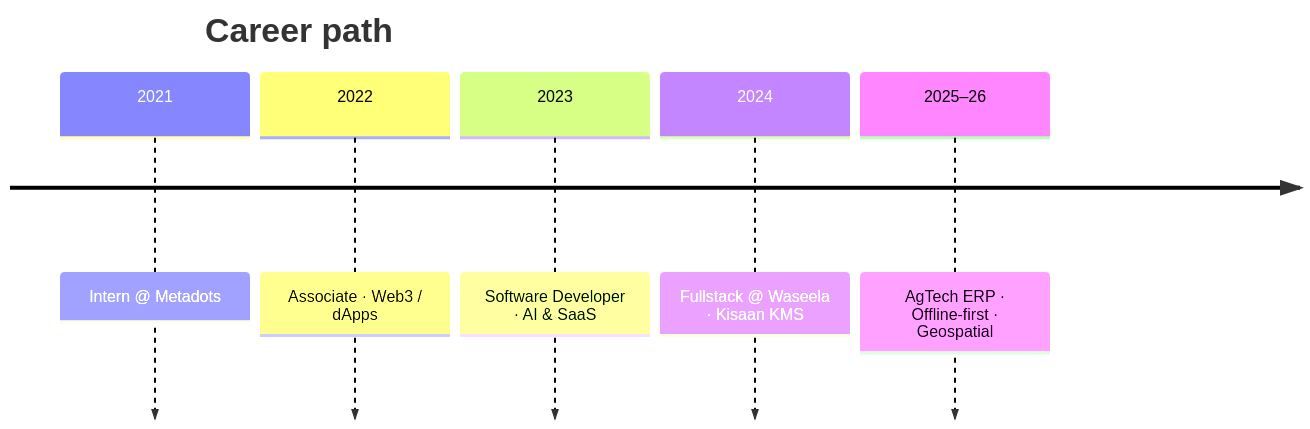
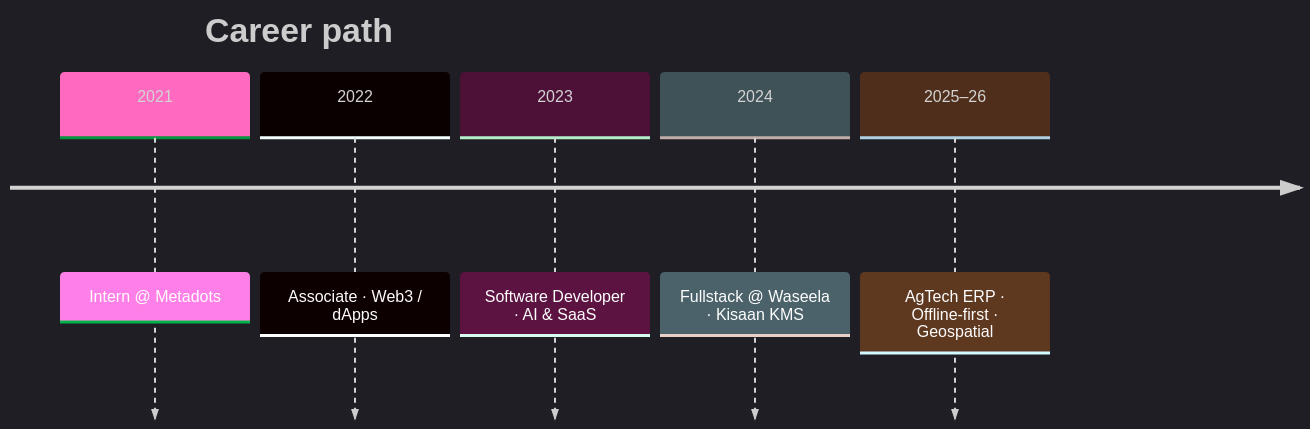
The diagram in README.md (SaadNiaziDev/SaadNiaziDev), drawn with Mermaid before and after one commit. The commit also changed other lines of this file, not shown here.

First line of the commit message:
feat: neon theme for profile README and strip project links

````diff
--- a/README.md
+++ b/README.md
@@ -56,9 +64,10 @@
 ```mermaid
+%%{init: {'theme': 'dark', 'themeVariables': { 'primaryColor': '#FF6AC1', 'primaryTextColor': '#fff', 'primaryBorderColor': '#2EC4B6', 'lineColor': '#FF9F1C', 'secondaryColor': '#7B2CBF', 'tertiaryColor': '#1a1b27'}}}%%
 timeline
     title Career path
     2021 : Intern @ Metadots
     2022 : Associate · Web3 / dApps
     2023 : Software Developer · AI & SaaS
     2024 : Fullstack @ Waseela · Kisaan KMS
     2025–26 : AgTech ERP · Offline-first · Geospatial
 ```
````
